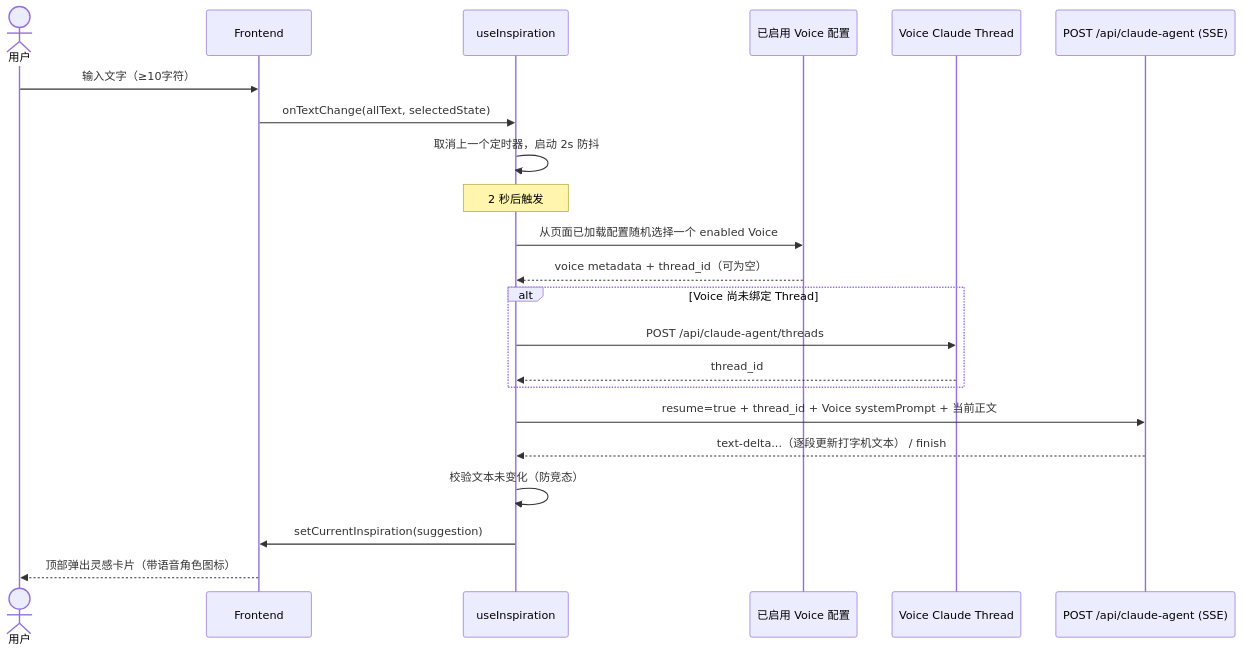
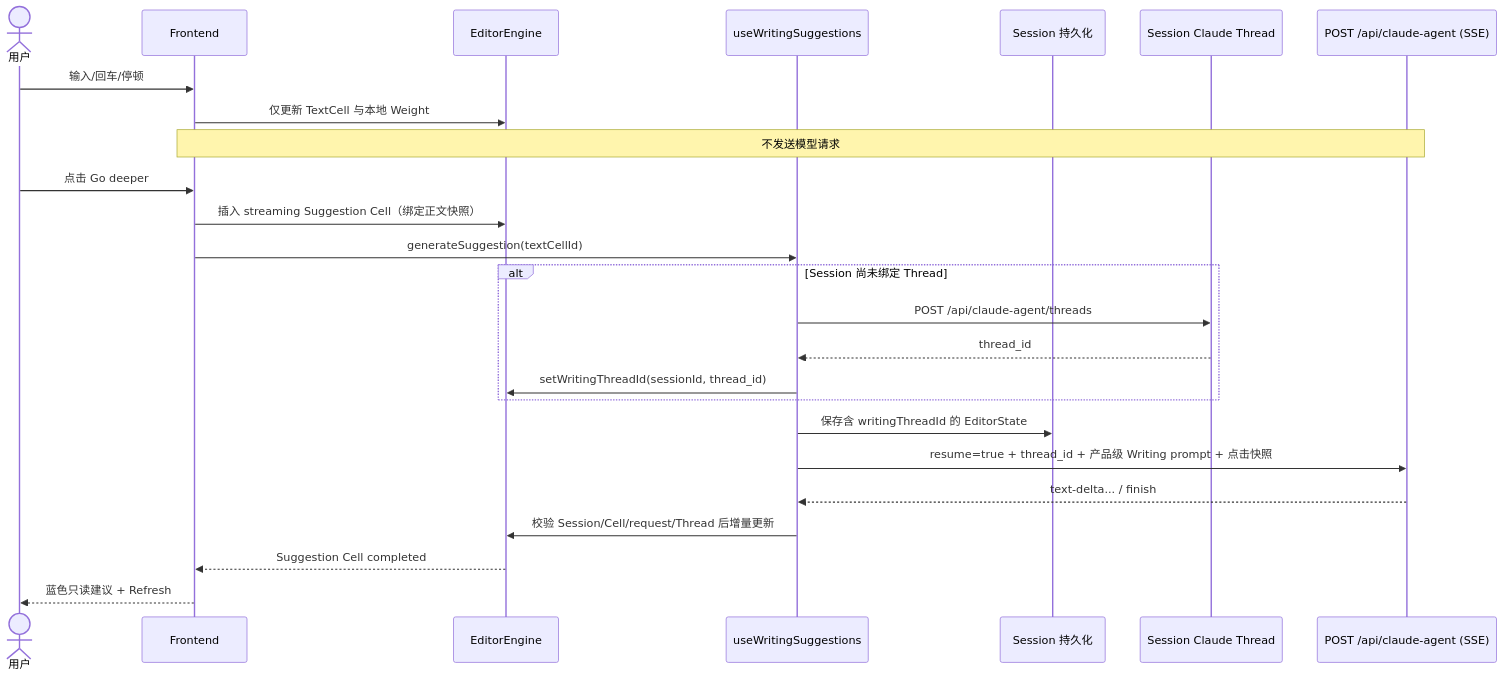
Before and after one commit to glide-the/im-dream: the seventh of 17 diagrams in docs/design/sequence-diagrams.md, drawn with Mermaid. The commit also changed other lines of this file and 35 other files, not shown here.

Commit message:
feat(writing): add persistent manual suggestions

````diff
--- a/docs/design/sequence-diagrams.md
+++ b/docs/design/sequence-diagrams.md
@@ -208,25 +209,28 @@
 ```mermaid
 sequenceDiagram
     actor User as 用户
     participant FE as Frontend
-    participant Hook as useInspiration
-    participant Voice as 已启用 Voice 配置
-    participant Thread as Voice Claude Thread
+    participant Engine as EditorEngine
+    participant Hook as useWritingSuggestions
+    participant Session as Session 持久化
+    participant Thread as Session Claude Thread
     participant Agent as POST /api/claude-agent (SSE)
 
-    User->>FE: 输入文字（≥10字符）
-    FE->>Hook: onTextChange(allText, selectedState)
-    Hook->>Hook: 取消上一个定时器，启动 2s 防抖
-    Note over Hook: 2 秒后触发
-    Hook->>Voice: 从页面已加载配置随机选择一个 enabled Voice
-    Voice-->>Hook: voice metadata + thread_id（可为空）
-    alt Voice 尚未绑定 Thread
+    User->>FE: 输入/回车/停顿
+    FE->>Engine: 仅更新 TextCell 与本地 Weight
+    Note over FE,Agent: 不发送模型请求
+    User->>FE: 点击 Go deeper
+    FE->>Engine: 插入 streaming Suggestion Cell（绑定正文快照）
+    FE->>Hook: generateSuggestion(textCellId)
+    alt Session 尚未绑定 Thread
         Hook->>Thread: POST /api/claude-agent/threads
         Thread-->>Hook: thread_id
+        Hook->>Engine: setWritingThreadId(sessionId, thread_id)
     end
-    Hook->>Agent: resume=true + thread_id + Voice systemPrompt + 当前正文
-    Agent-->>Hook: text-delta...（逐段更新打字机文本） / finish
-    Hook->>Hook: 校验文本未变化（防竞态）
-    Hook->>FE: setCurrentInspiration(suggestion)
-    FE-->>User: 顶部弹出灵感卡片（带语音角色图标）
+    Hook->>Session: 保存含 writingThreadId 的 EditorState
+    Hook->>Agent: resume=true + thread_id + 产品级 Writing prompt + 点击快照
+    Agent-->>Hook: text-delta... / finish
+    Hook->>Engine: 校验 Session/Cell/request/Thread 后增量更新
+    Engine-->>FE: Suggestion Cell completed
+    FE-->>User: 蓝色只读建议 + Refresh
 ```
````
